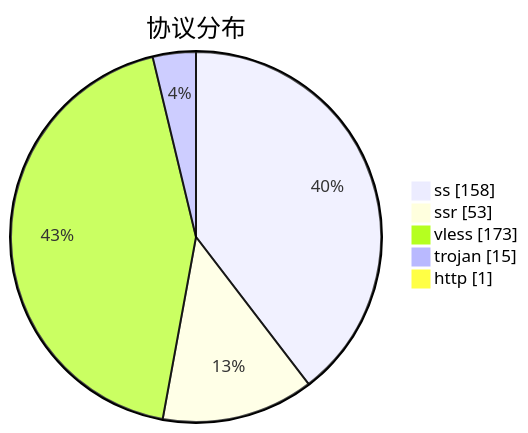
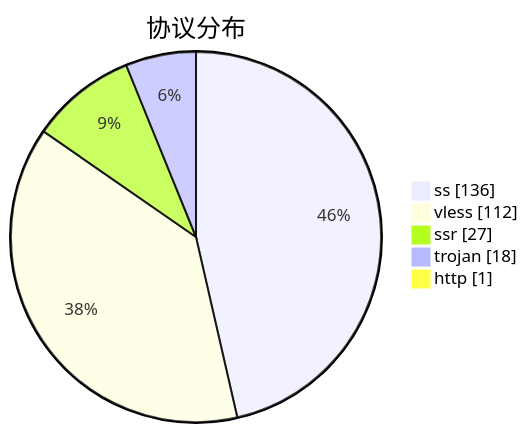
The third of 3 diagrams in subs/statistics/tested_within.md (qjlxg/airport), drawn with Mermaid before and after one commit. The commit also changed other lines of this file and 2 other files, not shown here.

````diff
--- a/subs/statistics/tested_within.md
+++ b/subs/statistics/tested_within.md
@@ -17,9 +17,9 @@
 ```mermaid
 pie showData
 title 协议分布
-"ss" : 158
-"ssr" : 53
-"vless" : 173
-"trojan" : 15
+"ss" : 136
+"vless" : 112
+"ssr" : 27
+"trojan" : 18
 "http" : 1
 ```
````
